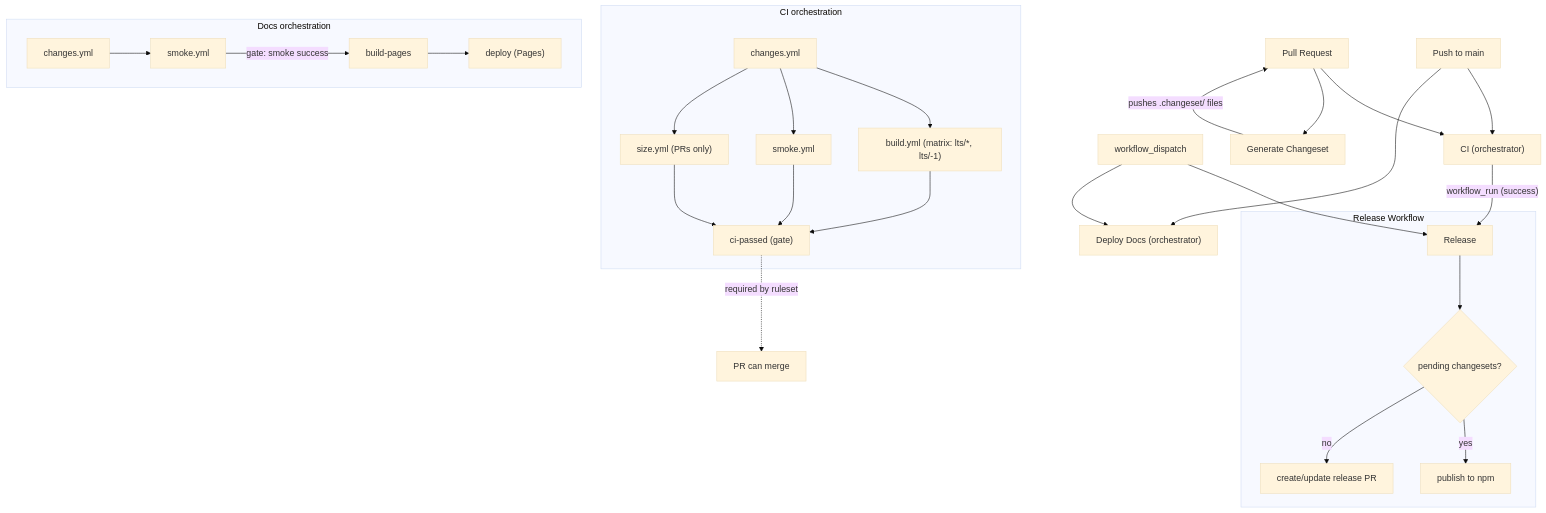
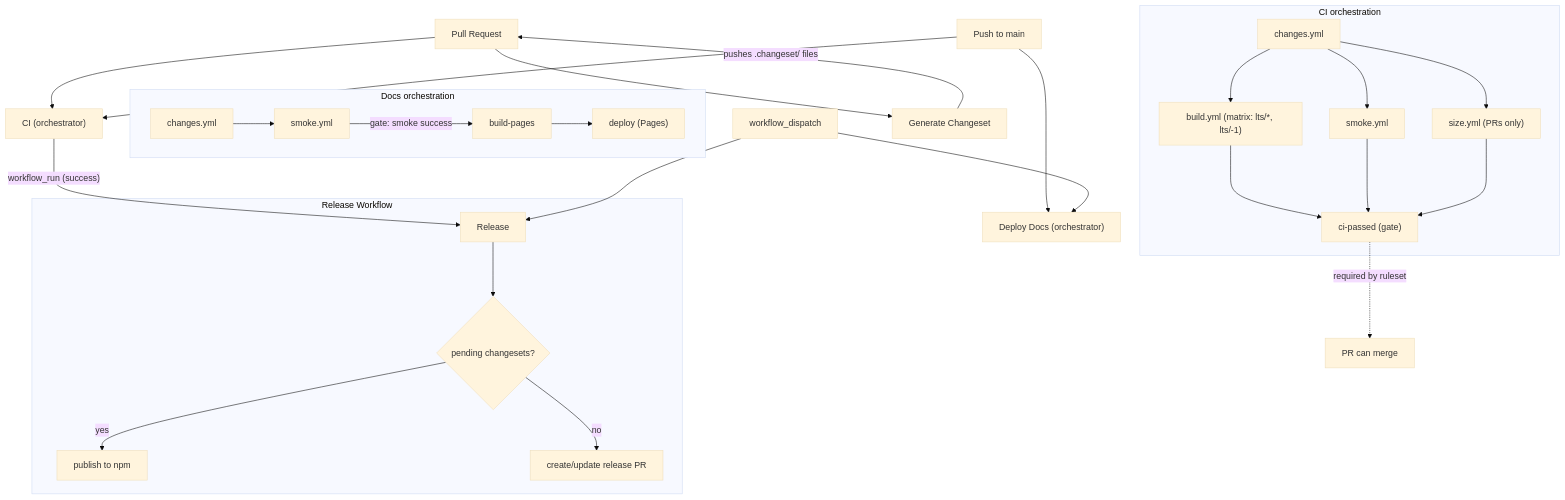
Before and after one commit to thejustinwalsh/three-flatland: the first of 2 diagrams in .github/workflows/README.md, drawn with Mermaid (base theme).

Commit message:
docs(ci): nudge mermaid to stack subgraphs vertically
Add subgraph IDs (CIOrch, DocsOrch, ReleaseFlow) and invisible edges
(~~~) between them to hint at top-down placement. Mermaid's dagre
layout still has final say, but the invisible-edge dependency chain
strongly biases the engine toward CI → Docs → Release vertical order.

````diff
--- a/.github/workflows/README.md
+++ b/.github/workflows/README.md
@@ -5,38 +5,41 @@
 ```mermaid
 graph TD
     PR["Pull Request"] --> CI["CI (orchestrator)"]
     PR --> Changeset["Generate Changeset"]
     Changeset -->|"pushes .changeset/ files"| PR
 
     Push["Push to main"] --> CI
     Push --> Docs["Deploy Docs (orchestrator)"]
 
     CI -->|"workflow_run (success)"| Release["Release"]
     Manual["workflow_dispatch"] --> Release
     Manual --> Docs
 
-    subgraph "CI orchestration"
+    subgraph CIOrch ["CI orchestration"]
         CIChanges["changes.yml"]
         CIChanges --> CIBuild["build.yml (matrix: lts/*, lts/-1)"]
         CIChanges --> CISmoke["smoke.yml"]
         CIChanges --> CISize["size.yml (PRs only)"]
         CIBuild --> Gate["ci-passed (gate)"]
         CISmoke --> Gate
         CISize --> Gate
     end
 
     Gate -.->|"required by ruleset"| Merge["PR can merge"]
 
-    subgraph "Docs orchestration"
+    subgraph DocsOrch ["Docs orchestration"]
         DocsChanges["changes.yml"]
         DocsChanges --> DocsSmoke["smoke.yml"]
         DocsSmoke -->|"gate: smoke success"| BuildPages["build-pages"]
         BuildPages --> DocsDeploy["deploy (Pages)"]
     end
 
-    subgraph "Release Workflow"
+    subgraph ReleaseFlow ["Release Workflow"]
         Release --> Changesets{"pending changesets?"}
         Changesets -->|yes| Publish["publish to npm"]
         Changesets -->|no| ReleasePR["create/update release PR"]
     end
+
+    CIOrch ~~~ DocsOrch
+    DocsOrch ~~~ ReleaseFlow
 ```
````
